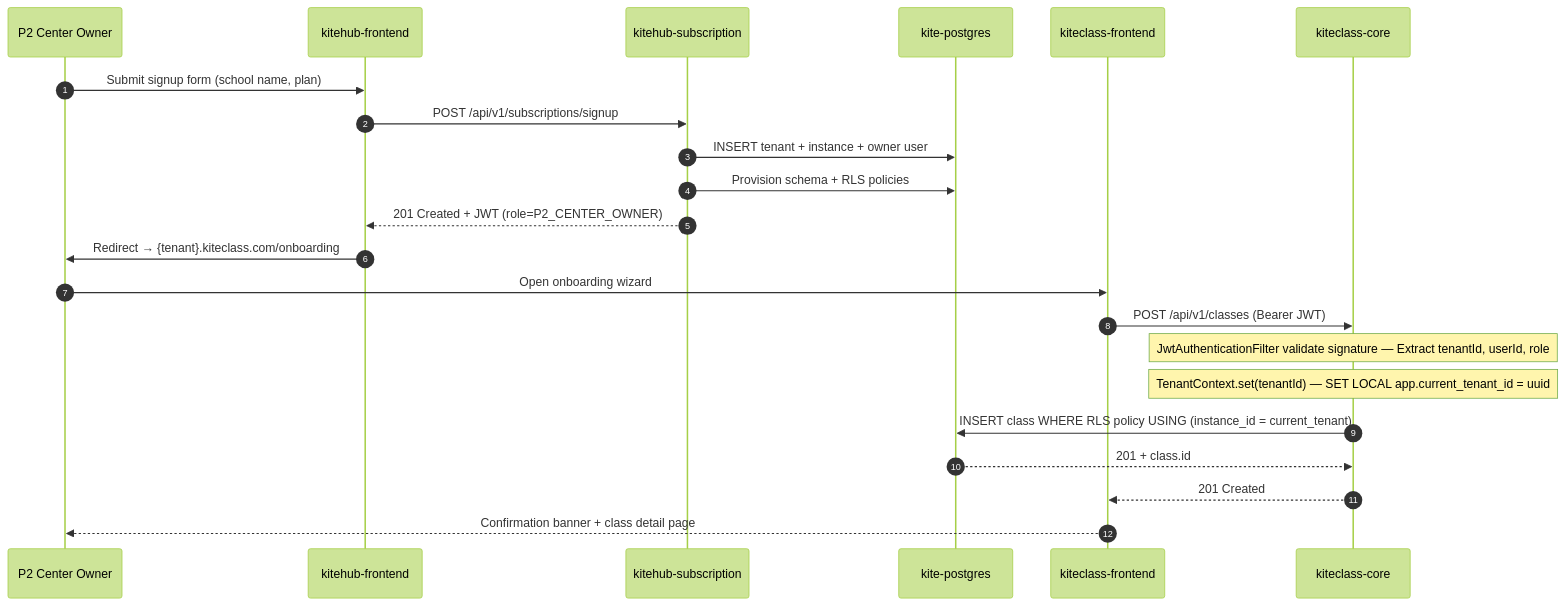
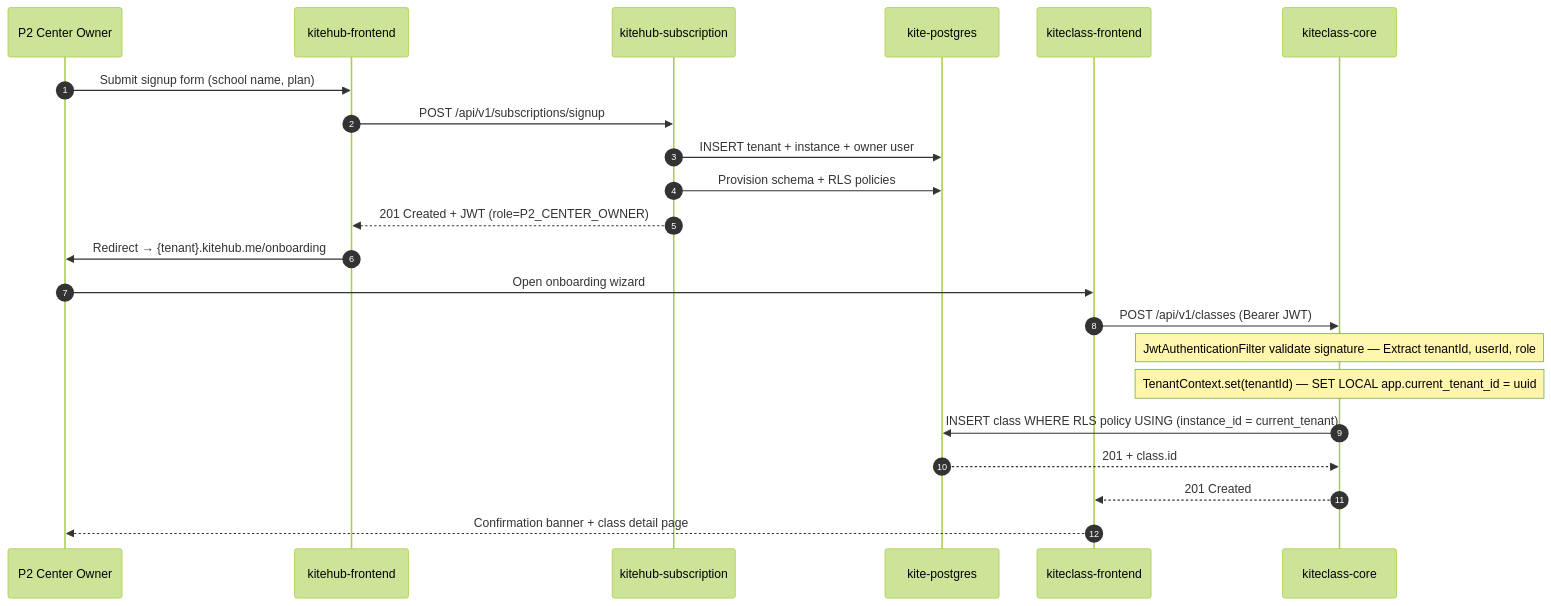
The second of 5 diagrams in documents/02-architecture/kiteclass-architecture.md (VictorAurelius/2026-Kite-Class-Platform), drawn with Mermaid (forest theme) before and after one commit. The commit also changed other lines of this file and 278 other files, not shown here.

First line of the commit message:
fix(domain): sweep stale kiteclass.vn/.com → canonical kitehub.me ({slug}.kitehub.me tenant) + CI detector (GAP-1241) (#2374)

````diff
--- a/documents/02-architecture/kiteclass-architecture.md
+++ b/documents/02-architecture/kiteclass-architecture.md
@@ -121,26 +121,26 @@
 ```mermaid
 sequenceDiagram
     autonumber
     participant Owner as P2 Center Owner
     participant FE as kitehub-frontend
     participant Sub as kitehub-subscription
     participant DB as kite-postgres
     participant KCFE as kiteclass-frontend
     participant KCCore as kiteclass-core
 
     Owner->>FE: Submit signup form (school name, plan)
     FE->>Sub: POST /api/v1/subscriptions/signup
     Sub->>DB: INSERT tenant + instance + owner user
     Sub->>DB: Provision schema + RLS policies
     Sub-->>FE: 201 Created + JWT (role=P2_CENTER_OWNER)
-    FE->>Owner: Redirect → {tenant}.kiteclass.com/onboarding
+    FE->>Owner: Redirect → {tenant}.kitehub.me/onboarding
 
     Owner->>KCFE: Open onboarding wizard
     KCFE->>KCCore: POST /api/v1/classes (Bearer JWT)
     Note over KCCore: JwtAuthenticationFilter validate signature — Extract tenantId, userId, role
     Note over KCCore: TenantContext.set(tenantId) — SET LOCAL app.current_tenant_id = uuid
     KCCore->>DB: INSERT class WHERE RLS policy USING (instance_id = current_tenant)
     DB-->>KCCore: 201 + class.id
     KCCore-->>KCFE: 201 Created
     KCFE-->>Owner: Confirmation banner + class detail page
 ```
````
